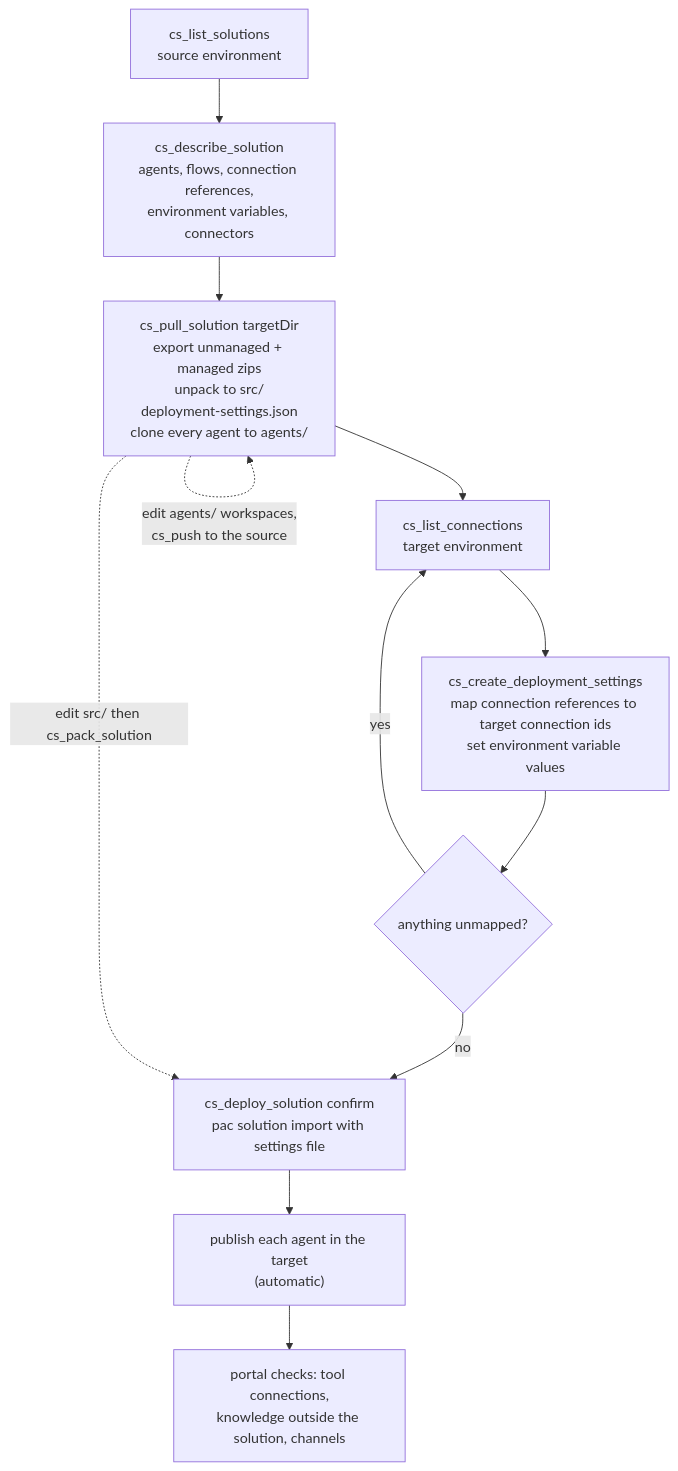
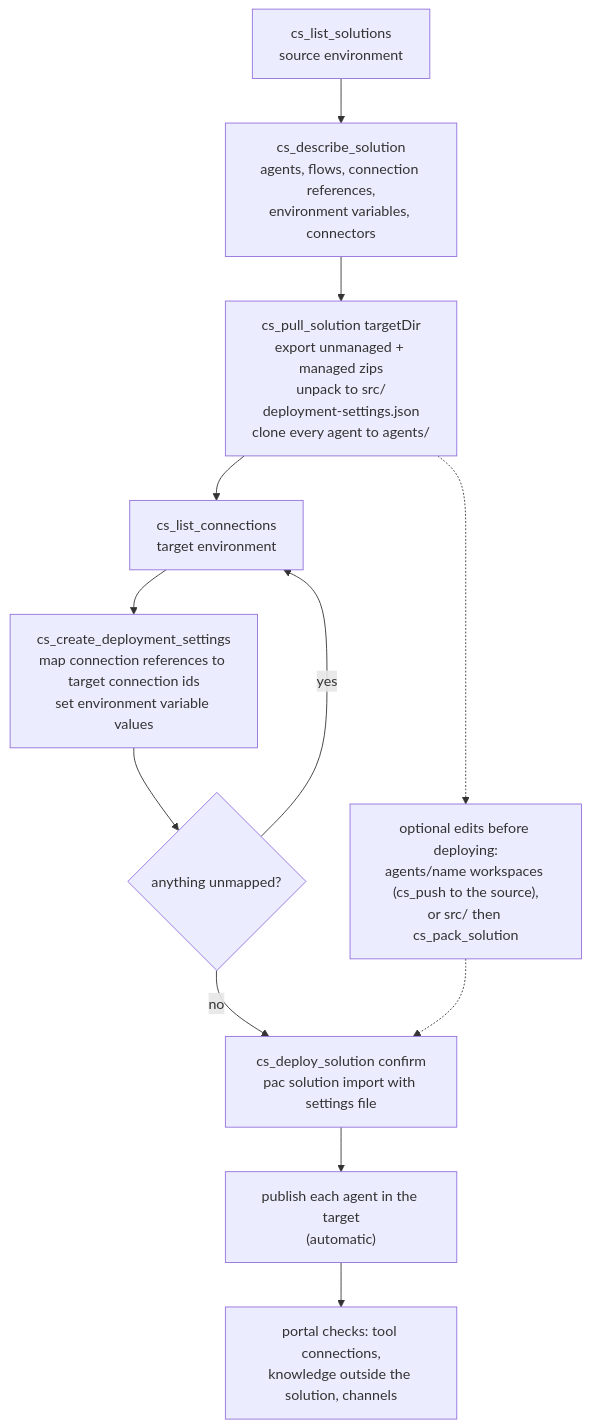
Before and after one commit to jgt87/copilot-studio-mcp: the seventh of 9 diagrams in docs/flows.md, drawn with Mermaid. The commit also changed other lines of this file and 3 other files, not shown here.

First line of the commit message:
Docs: map each flow step to its Copilot Studio action; GitHub-safe Mermaid; restore portable repowise entry

````diff
--- a/docs/flows.md
+++ b/docs/flows.md
@@ -142,14 +173,14 @@
 ```mermaid
 flowchart TD
     A["cs_list_solutions<br/>source environment"] --> B["cs_describe_solution<br/>agents, flows, connection references,<br/>environment variables, connectors"]
     B --> C["cs_pull_solution targetDir<br/>export unmanaged + managed zips<br/>unpack to src/<br/>deployment-settings.json<br/>clone every agent to agents/"]
     C --> D["cs_list_connections<br/>target environment"]
     D --> E["cs_create_deployment_settings<br/>map connection references to target connection ids<br/>set environment variable values"]
     E --> F{"anything unmapped?"}
     F -- yes --> D
     F -- no --> G["cs_deploy_solution confirm<br/>pac solution import with settings file"]
     G --> H["publish each agent in the target<br/>(automatic)"]
     H --> I["portal checks: tool connections,<br/>knowledge outside the solution, channels"]
-    C -. "edit agents/<name> workspaces,<br/>cs_push to the source" .-> C
-    C -. "edit src/ then cs_pack_solution" .-> G
+    C -.-> J["optional edits before deploying:<br/>agents/name workspaces (cs_push to the source),<br/>or src/ then cs_pack_solution"]
+    J -.-> G
 ```
````
